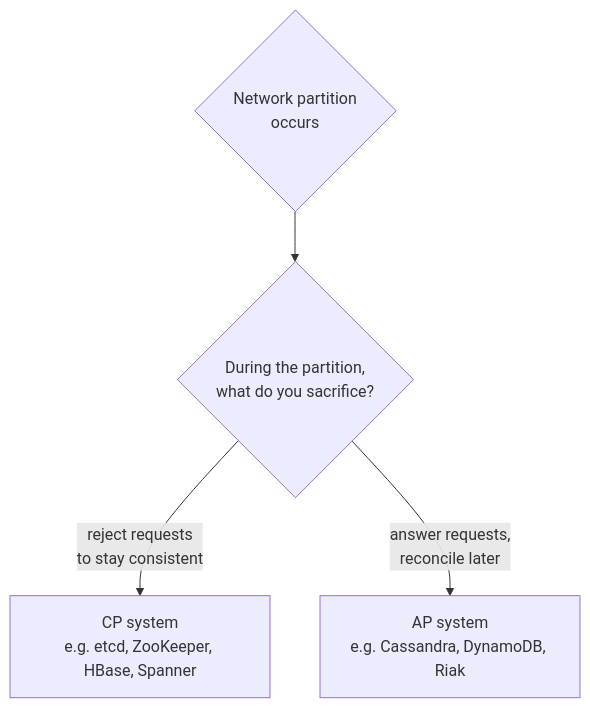
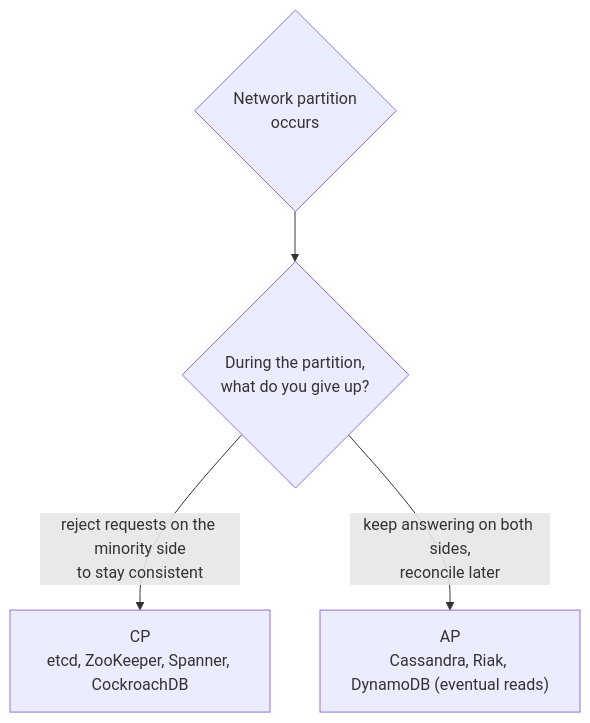
The second of 7 diagrams in github-pages/docs/distributed-systems/consensus-and-coordination.md (AndrewAltimit/Documentation), drawn with Mermaid before and after one commit. The commit also changed other lines of this file and 240 other files, not shown here.

````diff
--- a/github-pages/docs/distributed-systems/consensus-and-coordination.md
+++ b/github-pages/docs/distributed-systems/consensus-and-coordination.md
@@ -54,6 +53,6 @@
 ```mermaid
 flowchart TD
-    P{"Network partition<br/>occurs"} --> Q{"During the partition,<br/>what do you sacrifice?"}
-    Q -- "reject requests<br/>to stay consistent" --> CP["CP system<br/>e.g. etcd, ZooKeeper, HBase, Spanner"]
-    Q -- "answer requests,<br/>reconcile later" --> AP["AP system<br/>e.g. Cassandra, DynamoDB, Riak"]
+    P{"Network partition<br/>occurs"} --> Q{"During the partition,<br/>what do you give up?"}
+    Q -- "reject requests on the minority side<br/>to stay consistent" --> CP["CP<br/>etcd, ZooKeeper, Spanner, CockroachDB"]
+    Q -- "keep answering on both sides,<br/>reconcile later" --> AP["AP<br/>Cassandra, Riak, DynamoDB (eventual reads)"]
 ```
````
